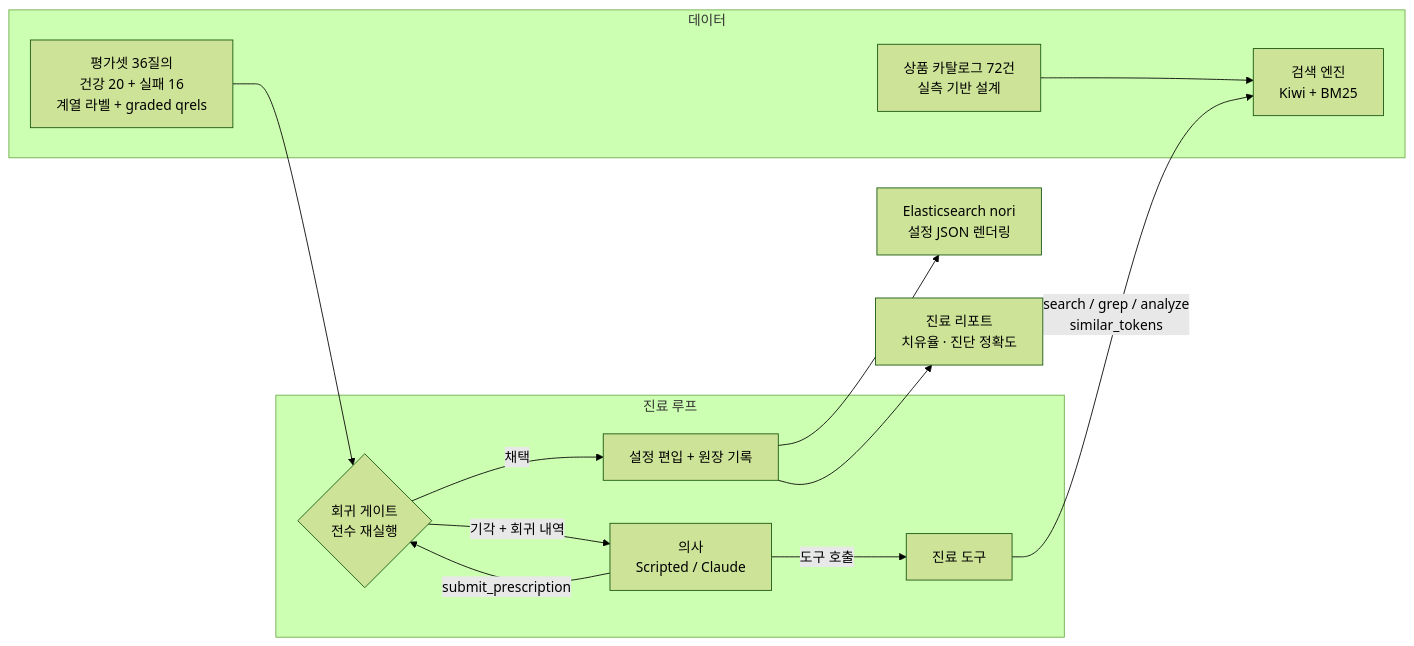
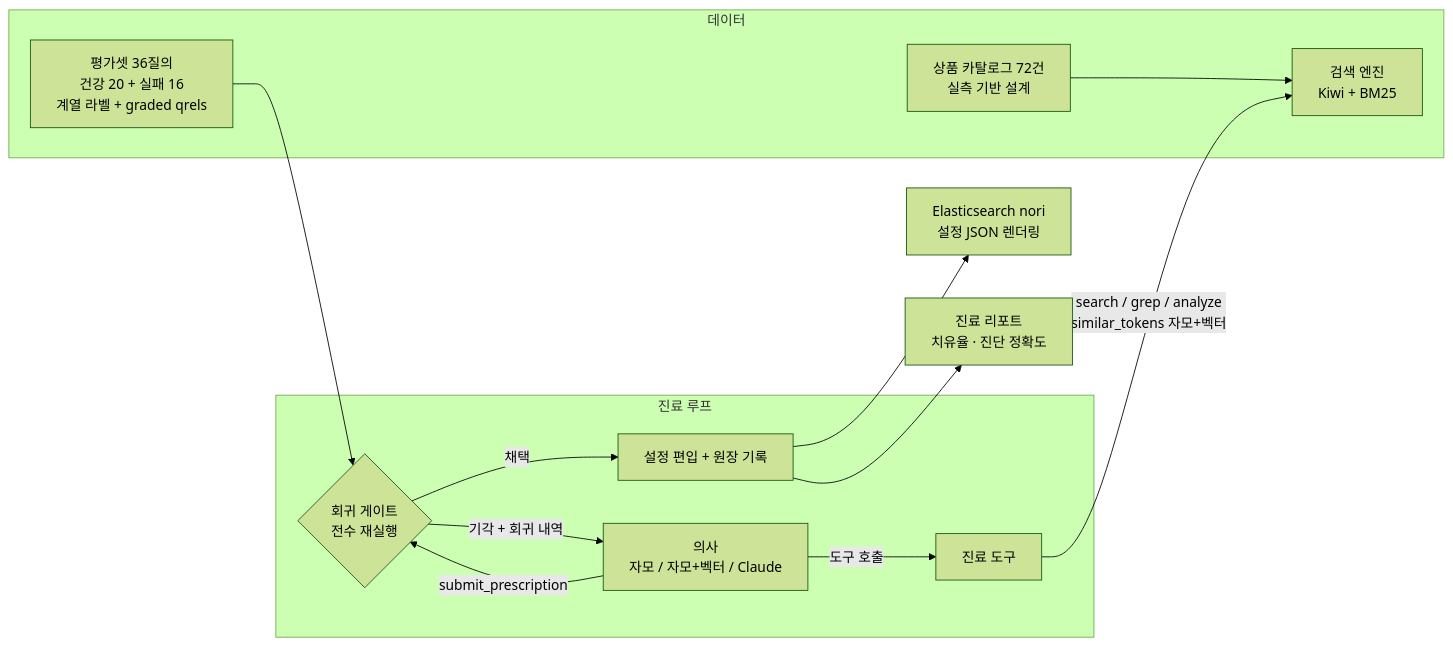
One commit to sokldjs554/ko-search-clinic changed the diagram in README.md. Above: the diagram before and after it, drawn with Mermaid (forest theme). The commit also changed other lines of this file and 10 other files, not shown here.

````diff
--- a/README.md
+++ b/README.md
@@ -171,19 +172,19 @@
 ```mermaid
 flowchart LR
     subgraph 데이터
         C[상품 카탈로그 72건<br/>실측 기반 설계] --> E[검색 엔진<br/>Kiwi + BM25]
         Q[평가셋 36질의<br/>건강 20 + 실패 16<br/>계열 라벨 + graded qrels]
     end
 
     subgraph 진료 루프
-        D[의사<br/>Scripted / Claude] -->|도구 호출| T[진료 도구]
-        T -->|search / grep / analyze<br/>similar_tokens| E
+        D[의사<br/>자모 / 자모+벡터 / Claude] -->|도구 호출| T[진료 도구]
+        T -->|search / grep / analyze<br/>similar_tokens 자모+벡터| E
         D -->|submit_prescription| G{회귀 게이트<br/>전수 재실행}
         G -->|채택| A[설정 편입 + 원장 기록]
         G -->|기각 + 회귀 내역| D
     end
 
     Q --> G
     A --> ES[Elasticsearch nori<br/>설정 JSON 렌더링]
     A --> R[진료 리포트<br/>치유율 · 진단 정확도]
 ```
````
